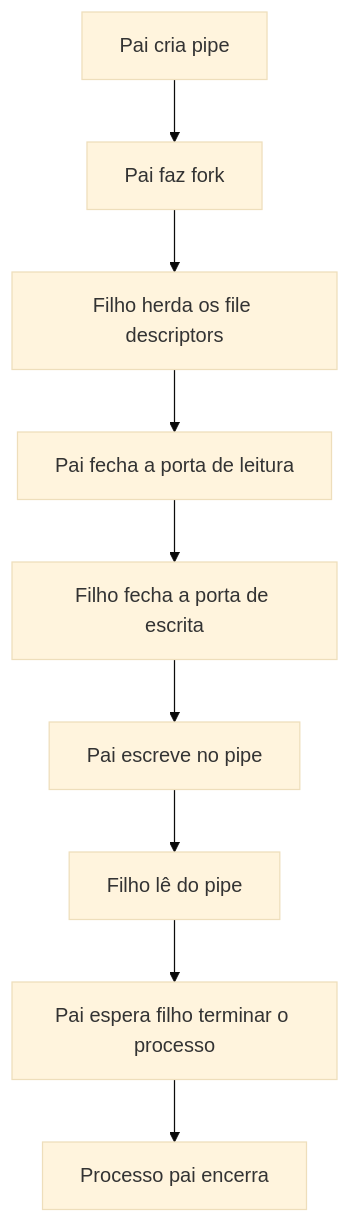
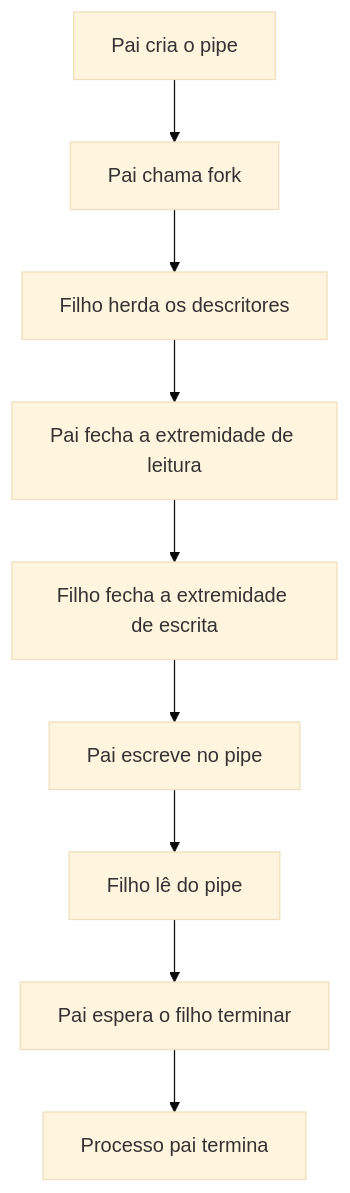
Before and after one commit to lcsgborges/dev-notes: the diagram in docs/c/processos/pipes.md, drawn with Mermaid (base theme). The commit also changed other lines of this file and 30 other files, not shown here.

````diff
--- a/docs/c/processos/pipes.md
+++ b/docs/c/processos/pipes.md
@@ -133,20 +150,20 @@
 ```mermaid
     flowchart TD
-    A[Pai cria pipe]
-    B[Pai faz fork]
-    C[Filho herda os file descriptors]
-    D[Pai fecha a porta de leitura]
-    E[Filho fecha a porta de escrita]
+    A[Pai cria o pipe]
+    B[Pai chama fork]
+    C[Filho herda os descritores]
+    D[Pai fecha a extremidade de leitura]
+    E[Filho fecha a extremidade de escrita]
     F[Pai escreve no pipe]
     G[Filho lê do pipe]
-    H[Pai espera filho terminar o processo]
-    I[Processo pai encerra]
+    H[Pai espera o filho terminar]
+    I[Processo pai termina]
     A --> B
     B --> C
     C --> D
     D --> E
     E --> F
     F --> G
     G --> H
     H --> I
 ```
````
